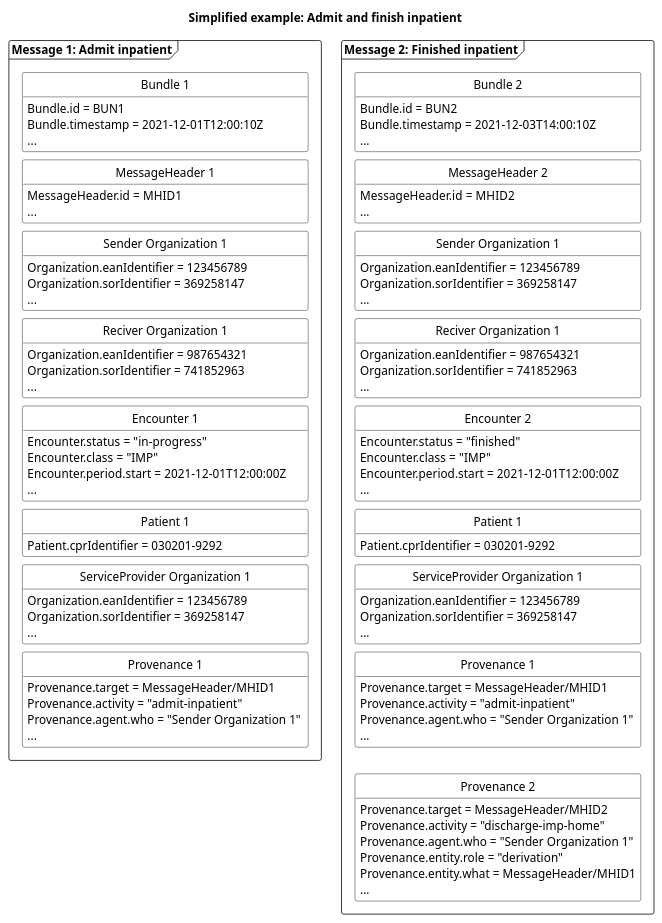
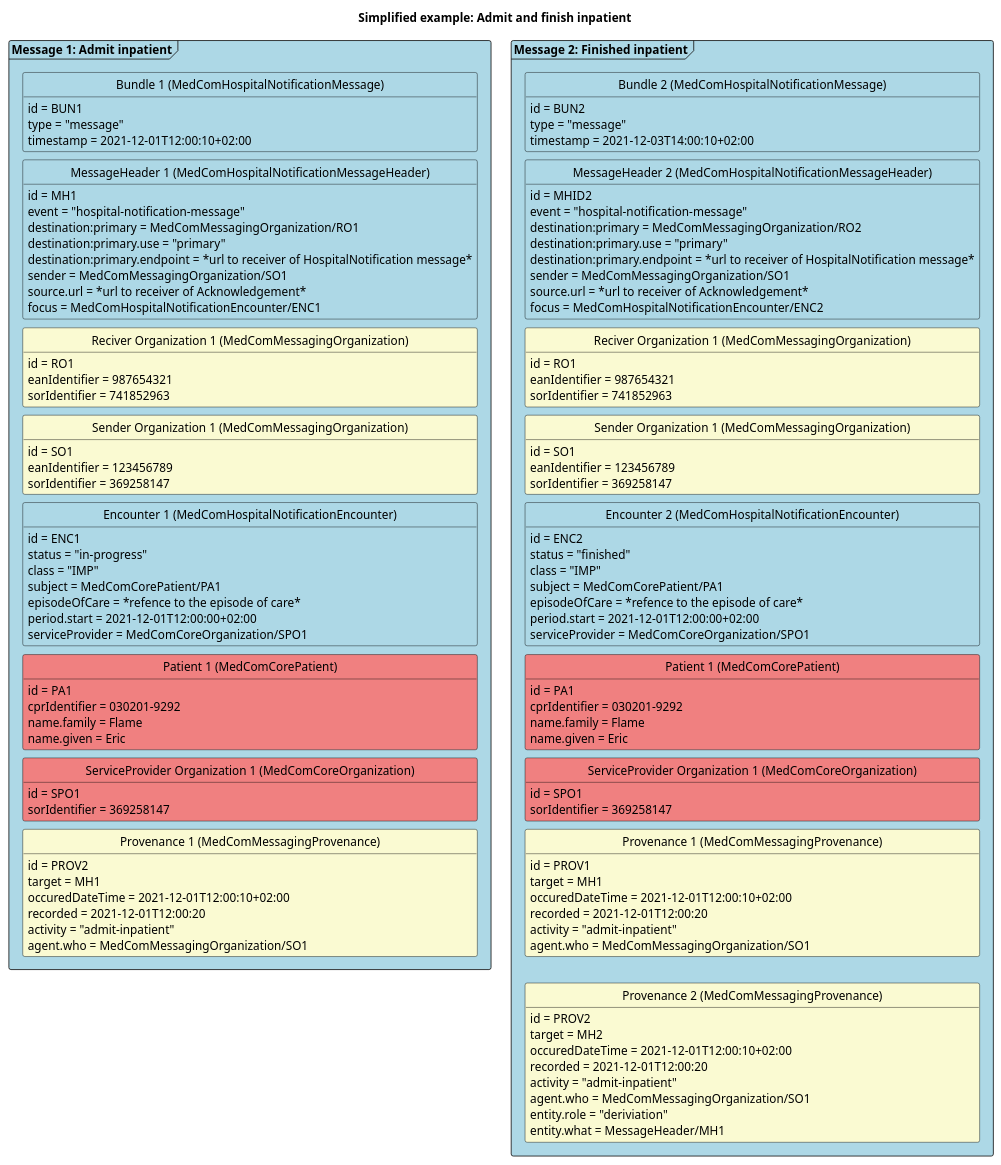
The diagram in puml/HospitalNotificationAdmitFinish.puml (tmsMedcom/GitHubPagesTest), drawn with PlantUML before and after one commit. The commit also changed 5 other files, not shown here.

```diff
--- a/puml/HospitalNotificationAdmitFinish.puml
+++ b/puml/HospitalNotificationAdmitFinish.puml
@@ -1,136 +1,161 @@
 @startuml HNAdmitFinish
 
 'layout
 skinparam class {
     BackgroundColor White
     BorderColor Black
     ArrowColor Black
   }
 hide circle
 hide empty members
 skinparam SameClassWidth true
 skinparam Ranksep 10
 
 
 'title
 title Simplified example: Admit and finish inpatient
 
 'Message 1: Admit inpatient
-package "Message 1: Admit inpatient" as admit <<Frame>>{
-    class "Bundle 1" as admitB {
-        Bundle.id = BUN1
-        Bundle.timestamp = 2021-12-01T12:00:10Z
-        ...
+package "Message 1: Admit inpatient" as admit <<Frame>> #LightBlue{
+    class "Bundle 1 (MedComHospitalNotificationMessage)" as admitB #LightBlue{
+        id = BUN1
+        type = "message"
+        timestamp = 2021-12-01T12:00:10+02:00
     }
-    class "MessageHeader 1" as admitMH{
-        MessageHeader.id = MHID1
-        ...
+    class "MessageHeader 1 (MedComHospitalNotificationMessageHeader)" as admitMH #LightBlue{
+        id = MH1
+        event = "hospital-notification-message"
+        destination:primary = MedComMessagingOrganization/RO1
+        destination:primary.use = "primary"
+        destination:primary.endpoint = *url to receiver of HospitalNotification message*
+        sender = MedComMessagingOrganization/SO1
+        source.url = *url to receiver of Acknowledgement*
+        focus = MedComHospitalNotificationEncounter/ENC1
     }
-    class "Sender Organization 1" as admitSOrg{
-        Organization.eanIdentifier = 123456789
-        Organization.sorIdentifier = 369258147
-        ...
+    class "Reciver Organization 1 (MedComMessagingOrganization)" as admitROrg #LightGoldenRodYellow{
+        id = RO1
+        eanIdentifier = 987654321
+        sorIdentifier = 741852963
     }
-    class "Reciver Organization 1" as admitROrg{
-        Organization.eanIdentifier = 987654321
-        Organization.sorIdentifier = 741852963
-        ...
+    class "Sender Organization 1 (MedComMessagingOrganization)" as admitSOrg #LightGoldenRodYellow{
+        id = SO1
+        eanIdentifier = 123456789
+        sorIdentifier = 369258147
     }
-    class "Encounter 1" as admitENC{
-        Encounter.status = "in-progress"
-        Encounter.class = "IMP"
-        Encounter.period.start = 2021-12-01T12:00:00Z
-        ...
+    class "Encounter 1 (MedComHospitalNotificationEncounter)" as admitENC #LightBlue{
+        id = ENC1
+        status = "in-progress"
+        class = "IMP"
+        subject = MedComCorePatient/PA1
+        episodeOfCare = *refence to the episode of care*
+        period.start = 2021-12-01T12:00:00+02:00
+        serviceProvider = MedComCoreOrganization/SPO1
     }
-    class "Patient 1" as admitPT{
-        Patient.cprIdentifier = 030201-9292
+    class "Patient 1 (MedComCorePatient)" as admitPT #LightCoral{
+        id = PA1
+        cprIdentifier = 030201-9292
+        name.family = Flame
+        name.given = Eric
     }
-    class "ServiceProvider Organization 1" as admitSPOrg{
-        Organization.eanIdentifier = 123456789
-        Organization.sorIdentifier = 369258147
-        ...
+    class "ServiceProvider Organization 1 (MedComCoreOrganization)" as admitSPOrg #LightCoral{
+        id = SPO1
+        sorIdentifier = 369258147
     }
-    class "Provenance 1" as admitPRO{
-        Provenance.target = MessageHeader/MHID1
-        Provenance.activity = "admit-inpatient"
-        Provenance.agent.who = "Sender Organization 1"
-        ...
+    class "Provenance 1 (MedComMessagingProvenance)" as admitPRO #LightGoldenRodYellow{
+        id = PROV2
+        target = MH1
+        occuredDateTime = 2021-12-01T12:00:10+02:00
+        recorded = 2021-12-01T12:00:20
+        activity = "admit-inpatient"
+        agent.who = MedComMessagingOrganization/SO1
     }
 
 admitB -[hidden]- admitMH
-admitMH -[hidden]- admitSOrg
-admitSOrg-[hidden]-admitROrg
-admitROrg-[hidden]-admitENC
+admitMH -[hidden]- admitROrg
+admitROrg-[hidden]-admitSOrg
+admitSOrg-[hidden]-admitENC
 admitENC-[hidden]-admitPT
 admitPT-[hidden]-admitSPOrg
 admitSPOrg-[hidden]-admitPRO
-
-
-
 }
 
 'Message 2: Finished inpatient
-package "Message 2: Finished inpatient" as finished <<Frame>> {
-    class "Bundle 2" as finishedB {
-        Bundle.id = BUN2
-        Bundle.timestamp = 2021-12-03T14:00:10Z
-        ...
+package "Message 2: Finished inpatient" as finished <<Frame>> #LightBlue{
+    class "Bundle 2 (MedComHospitalNotificationMessage)" as finishedB #LightBlue{
+        id = BUN2
+        type = "message"
+        timestamp = 2021-12-03T14:00:10+02:00
     }
-    class "MessageHeader 2" as finishedMH{
-        MessageHeader.id = MHID2
-        ...
+    class "MessageHeader 2 (MedComHospitalNotificationMessageHeader)" as finishedMH #LightBlue{
+        id = MHID2
+        event = "hospital-notification-message"
+        destination:primary = MedComMessagingOrganization/RO2
+        destination:primary.use = "primary"
+        destination:primary.endpoint = *url to receiver of HospitalNotification message*
+        sender = MedComMessagingOrganization/SO1
+        source.url = *url to receiver of Acknowledgement*
+        focus = MedComHospitalNotificationEncounter/ENC2
     }
-    class "Sender Organization 1" as finishedSOrg{
-        Organization.eanIdentifier = 123456789
-        Organization.sorIdentifier = 369258147
-        ...
+    class "Reciver Organization 1 (MedComMessagingOrganization)" as finishedROrg #LightGoldenRodYellow{
+        id = RO1
+        eanIdentifier = 987654321
+        sorIdentifier = 741852963
     }
-    class "Reciver Organization 1" as finishedROrg{
-        Organization.eanIdentifier = 987654321
-        Organization.sorIdentifier = 741852963
-        ...
+    class "Sender Organization 1 (MedComMessagingOrganization)" as finishedSOrg #LightGoldenRodYellow{
+        id = SO1
+        eanIdentifier = 123456789
+        sorIdentifier = 369258147
     }
-    class "Encounter 2" as finishedENC{
-        Encounter.status = "finished"
-        Encounter.class = "IMP"
-        Encounter.period.start = 2021-12-01T12:00:00Z
-        ...
+    class "Encounter 2 (MedComHospitalNotificationEncounter)" as finishedENC #LightBlue{
+        id = ENC2
+        status = "finished"
+        class = "IMP"
+        subject = MedComCorePatient/PA1
+        episodeOfCare = *refence to the episode of care*
+        period.start = 2021-12-01T12:00:00+02:00
+        serviceProvider = MedComCoreOrganization/SPO1
     }
-    class "Patient 1" as finishedPT{
-        Patient.cprIdentifier = 030201-9292
+    class "Patient 1 (MedComCorePatient)" as finishedPT #LightCoral{
+        id = PA1
+        cprIdentifier = 030201-9292
+        name.family = Flame
+        name.given = Eric
     }
-    class "ServiceProvider Organization 1" as finishedSPOrg{
-        Organization.eanIdentifier = 123456789
-        Organization.sorIdentifier = 369258147
-        ...
+    class "ServiceProvider Organization 1 (MedComCoreOrganization)" as finishedSPOrg #LightCoral{
+        id = SPO1 
+        sorIdentifier = 369258147
     }    
-    class "Provenance 1" as admitfinishedPRO{
-        Provenance.target = MessageHeader/MHID1
-        Provenance.activity = "admit-inpatient"
-        Provenance.agent.who = "Sender Organization 1"
-        ...
+    class "Provenance 1 (MedComMessagingProvenance)" as admitfinishedPRO #LightGoldenRodYellow{
+        id = PROV1
+        target = MH1
+        occuredDateTime = 2021-12-01T12:00:10+02:00
+        recorded = 2021-12-01T12:00:20
+        activity = "admit-inpatient"
+        agent.who = MedComMessagingOrganization/SO1
     }
-    class "Provenance 2" as finishedPRO{
-        Provenance.target = MessageHeader/MHID2
-        Provenance.activity = "discharge-imp-home"
-        Provenance.agent.who = "Sender Organization 1"
-        Provenance.entity.role = "derivation"
-        Provenance.entity.what = MessageHeader/MHID1
-        ...
+    class "Provenance 2 (MedComMessagingProvenance)" as finishedPRO #LightGoldenRodYellow{
+        id = PROV2        
+        target = MH2
+        occuredDateTime = 2021-12-01T12:00:10+02:00
+        recorded = 2021-12-01T12:00:20
+        activity = "admit-inpatient"
+        agent.who = MedComMessagingOrganization/SO1
+        entity.role = "deriviation"
+        entity.what = MessageHeader/MH1
     }
 finishedB-[hidden]-finishedMH
-finishedMH-[hidden]-finishedSOrg
-finishedSOrg-[hidden]-finishedROrg
-finishedROrg-[hidden]-finishedENC
+finishedMH-[hidden]-finishedROrg
+finishedROrg-[hidden]-finishedSOrg
+finishedSOrg-[hidden]-finishedENC
 finishedENC-[hidden]-finishedPT
 finishedPT-[hidden]-finishedSPOrg
 finishedSPOrg-[hidden]-admitfinishedPRO
 admitfinishedPRO-[hidden]-finishedPRO
 
 }
 
 ' pile mellem de to beskeder
 ' admit --> finished
 
 
 @enduml
```
